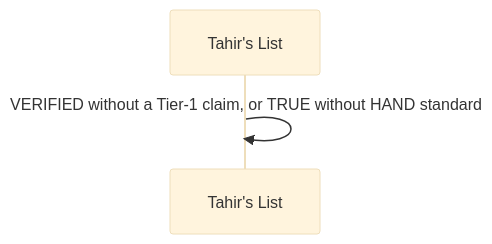
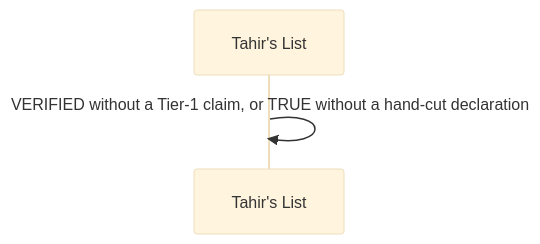
One commit to Losers-Lab/tahirs-list changed the sixth of 6 diagrams in docs/features/SC-211/04-blackbox/UC-04-audit-and-record-evidence.md. Above: the diagram before and after it, drawn with Mermaid (base theme). The commit also changed 16 other files, not shown here.

````diff
--- a/docs/features/SC-211/04-blackbox/UC-04-audit-and-record-evidence.md
+++ b/docs/features/SC-211/04-blackbox/UC-04-audit-and-record-evidence.md
@@ -52,5 +52,5 @@
 ```mermaid
 sequenceDiagram
   participant TL as Tahir's List
-  TL->>TL: VERIFIED without a Tier-1 claim, or TRUE without HAND standard
+  TL->>TL: VERIFIED without a Tier-1 claim, or TRUE without a hand-cut declaration
 ```
````
